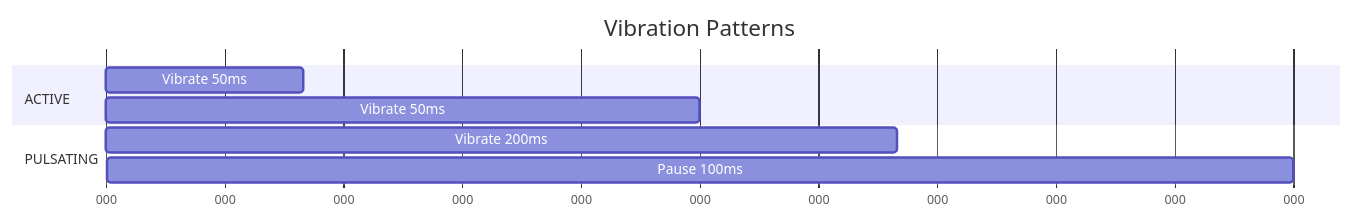
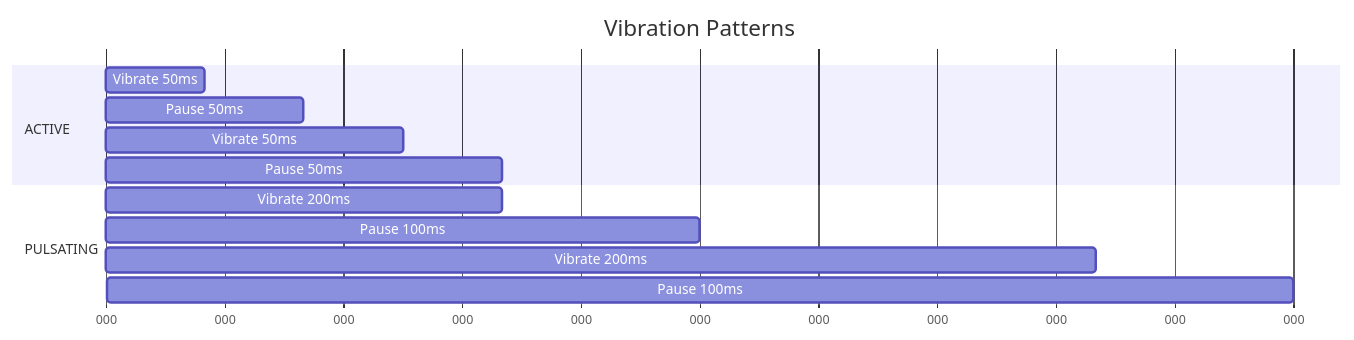
One commit to LibreTactile/tomat-light-pwa changed the fifth of 6 diagrams in mkdocs/docs/implementation.md. Above: the diagram before and after it, drawn with Mermaid. The commit also changed other lines of this file and 2 other files, not shown here.

````diff
--- a/mkdocs/docs/implementation.md
+++ b/mkdocs/docs/implementation.md
@@ -351,14 +358,18 @@
 ```mermaid
 gantt
     title Vibration Patterns
     dateFormat X
     axisFormat %L
     
     section ACTIVE
     Vibrate 50ms :0, 50
+    Pause 50ms :50, 100
     Vibrate 50ms :100, 150
+    Pause 50ms :150, 200
     
     section PULSATING
     Vibrate 200ms :0, 200
     Pause 100ms :200, 300
+    Vibrate 200ms :300, 500
+    Pause 100ms :500, 600
 ```
````
